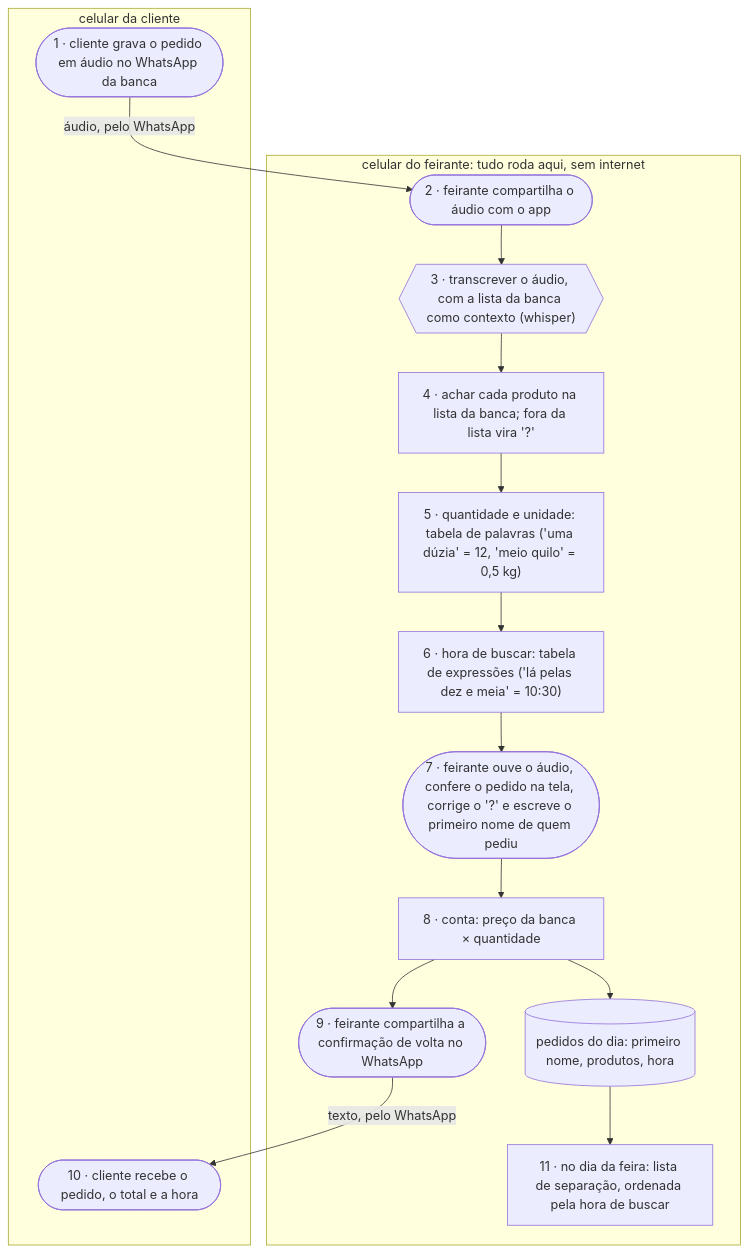
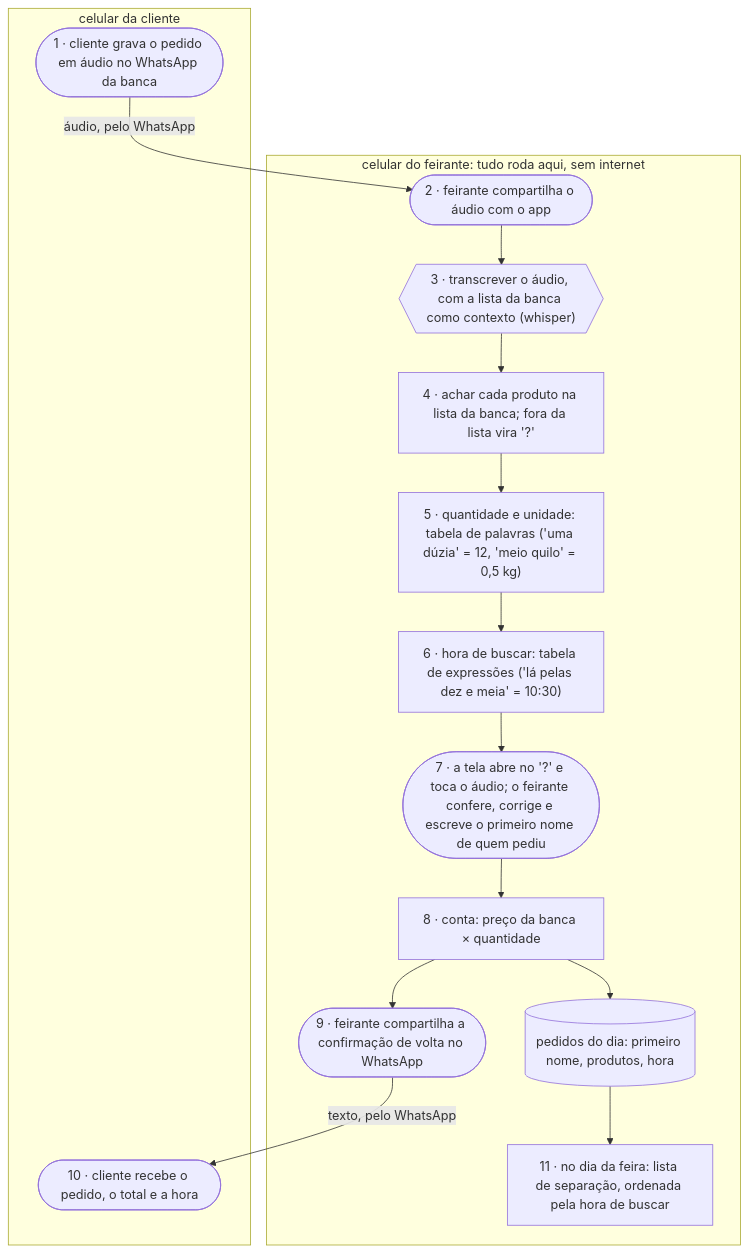
One commit to lsfcin/rastro-da-banca changed the diagram in arquitetura.md. Above: the diagram before and after it, drawn with Mermaid. The commit also changed other lines of this file, not shown here.

Commit message:
arquitetura: o passo 7 que o experimento pediu (a tela abre no "?" e toca o áudio) e o registro de correções

````diff
--- a/arquitetura.md
+++ b/arquitetura.md
@@ -9,25 +9,25 @@
 ```mermaid
 flowchart TD
     subgraph CEL_C["celular da cliente"]
         A(["1 · cliente grava o pedido em áudio no WhatsApp da banca"])
         J(["10 · cliente recebe o pedido, o total e a hora"])
     end
 
     subgraph CEL_F["celular do feirante: tudo roda aqui, sem internet"]
         B(["2 · feirante compartilha o áudio com o app"])
         C{{"3 · transcrever o áudio, com a lista da banca como contexto (whisper)"}}
         D["4 · achar cada produto na lista da banca; fora da lista vira '?'"]
         E["5 · quantidade e unidade: tabela de palavras ('uma dúzia' = 12, 'meio quilo' = 0,5 kg)"]
         F["6 · hora de buscar: tabela de expressões ('lá pelas dez e meia' = 10:30)"]
-        G(["7 · feirante ouve o áudio, confere o pedido na tela, corrige o '?' e escreve o primeiro nome de quem pediu"])
+        G(["7 · a tela abre no '?' e toca o áudio; o feirante confere, corrige e escreve o primeiro nome de quem pediu"])
         H["8 · conta: preço da banca × quantidade"]
         I(["9 · feirante compartilha a confirmação de volta no WhatsApp"])
         K["11 · no dia da feira: lista de separação, ordenada pela hora de buscar"]
         DB[("pedidos do dia: primeiro nome, produtos, hora")]
     end
 
     A -- "áudio, pelo WhatsApp" --> B
     B --> C --> D --> E --> F --> G --> H --> I
     I -- "texto, pelo WhatsApp" --> J
     H --> DB --> K
 ```
````
